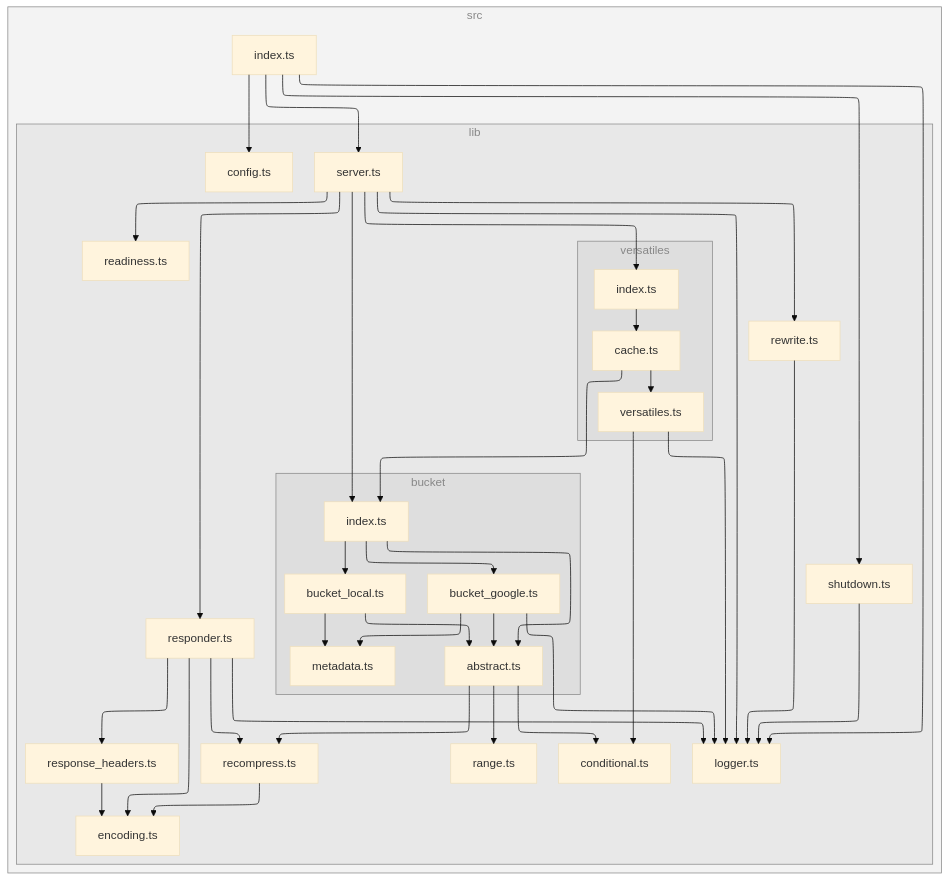
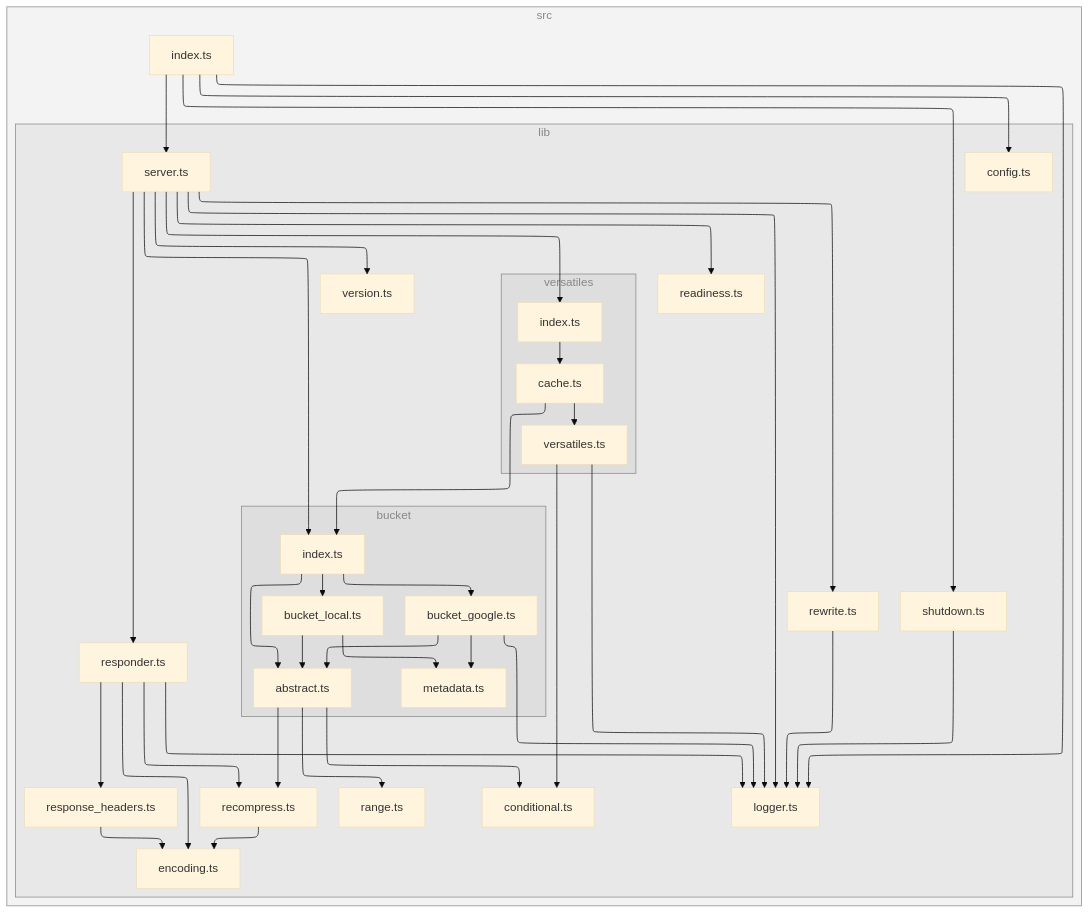
The diagram in README.md (versatiles-org/node-versatiles-google-cloud), drawn with Mermaid (base theme) before and after one commit. The commit also changed other lines of this file and 3 other files, not shown here.

````diff
--- a/README.md
+++ b/README.md
@@ -430,74 +443,76 @@
 ```mermaid
 ---
 config:
   layout: elk
 ---
 flowchart TB
 
 subgraph 0["src"]
 1["index.ts"]
 subgraph 2["lib"]
 3["config.ts"]
 4["logger.ts"]
 5["server.ts"]
 subgraph 6["bucket"]
 7["index.ts"]
 8["abstract.ts"]
 D["bucket_google.ts"]
 E["metadata.ts"]
 F["bucket_local.ts"]
 end
 9["conditional.ts"]
 A["range.ts"]
 B["recompress.ts"]
 C["encoding.ts"]
 G["readiness.ts"]
 H["responder.ts"]
 I["response_headers.ts"]
 J["rewrite.ts"]
 subgraph K["versatiles"]
 L["index.ts"]
 M["cache.ts"]
 N["versatiles.ts"]
 end
-O["shutdown.ts"]
+O["version.ts"]
+P["shutdown.ts"]
 end
 end
 1-->3
 1-->4
 1-->5
-1-->O
+1-->P
 5-->7
 5-->4
 5-->G
 5-->H
 5-->J
 5-->L
+5-->O
 7-->8
 7-->D
 7-->F
 8-->9
 8-->A
 8-->B
 B-->C
 D-->4
 D-->8
 D-->E
 F-->8
 F-->E
 H-->C
 H-->4
 H-->B
 H-->I
 I-->C
 J-->4
 L-->M
 M-->7
 M-->N
 N-->9
 N-->4
-O-->4
+P-->4
 
 class 0,2,6,K subgraphs;
 classDef subgraphs fill-opacity:0.1, fill:#888, color:#888, stroke:#888;
 ```
````
